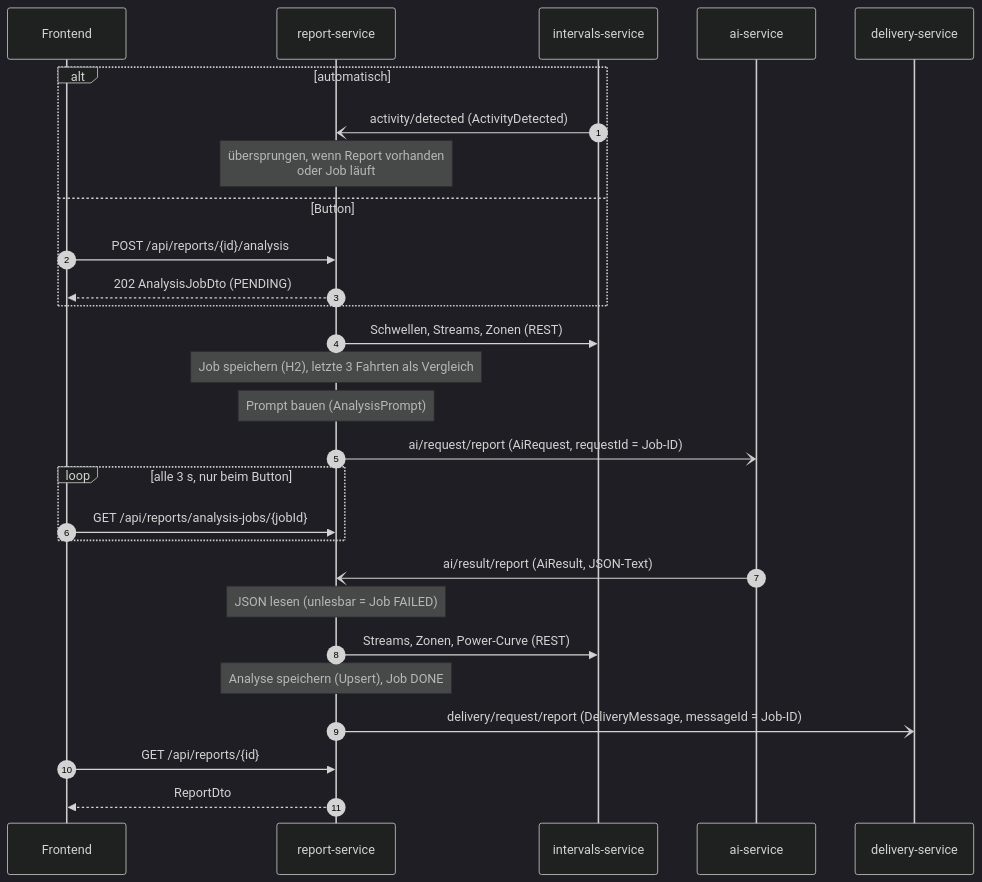
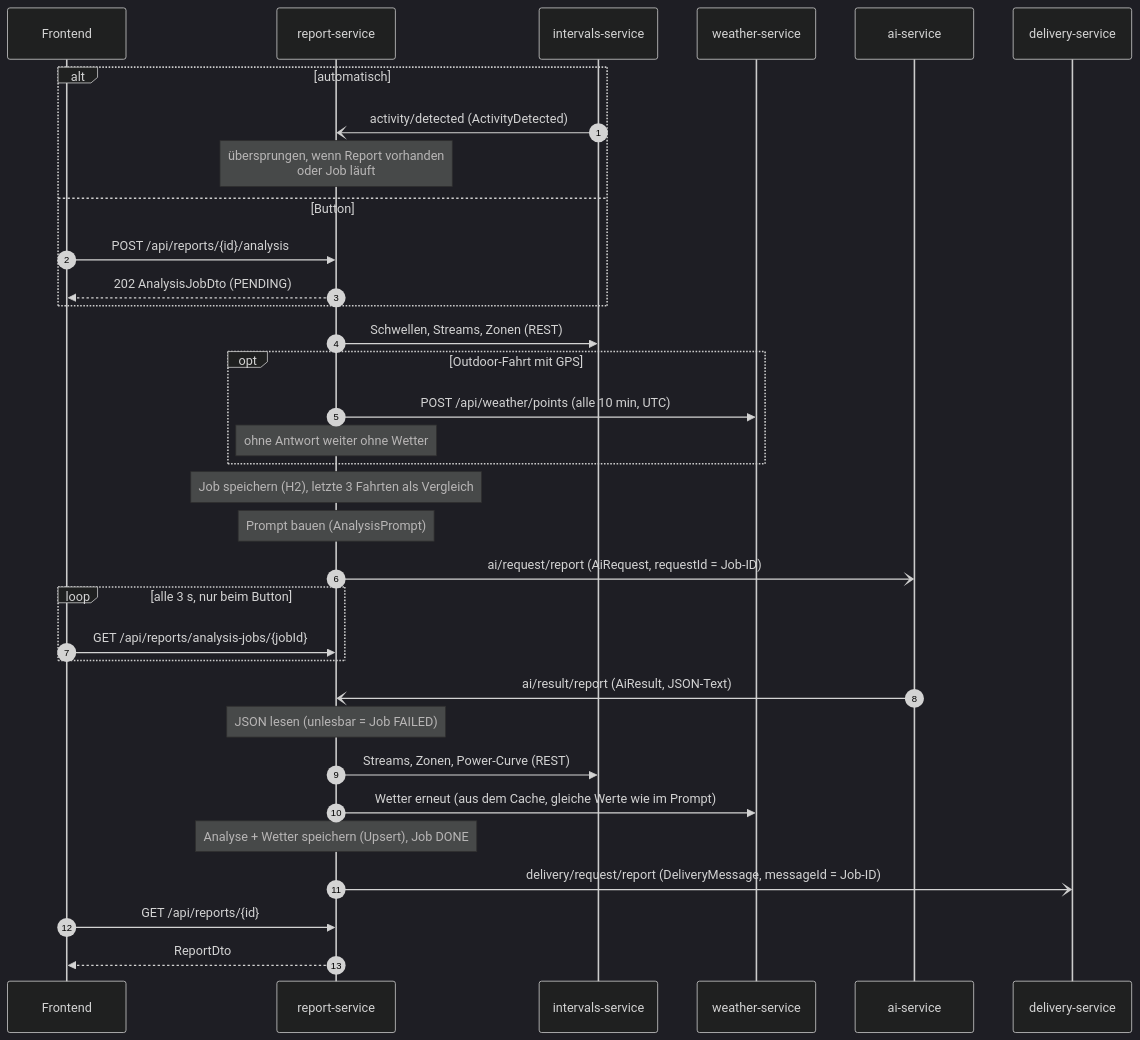
One commit to KlinkerD/Cycling_AI_Analyzer changed the second of 6 diagrams in docs/datenfluesse.md. Above: the diagram before and after it, drawn with Mermaid (dark theme). The commit also changed other lines of this file and 92 other files, not shown here.

First line of the commit message:
Add `weather-service` for weather data retrieval and integration with Open-Meteo

````diff
--- a/docs/datenfluesse.md
+++ b/docs/datenfluesse.md
@@ -54,31 +57,37 @@
 ```mermaid
 sequenceDiagram
     autonumber
     participant FE as Frontend
     participant RS as report-service
     participant IS as intervals-service
+    participant WS as weather-service
     participant AI as ai-service
     participant DS as delivery-service
 
     alt automatisch
         IS-)RS: activity/detected (ActivityDetected)
         Note over RS: übersprungen, wenn Report vorhanden<br/>oder Job läuft
     else Button
         FE->>RS: POST /api/reports/{id}/analysis
         RS-->>FE: 202 AnalysisJobDto (PENDING)
     end
     RS->>IS: Schwellen, Streams, Zonen (REST)
+    opt Outdoor-Fahrt mit GPS
+        RS->>WS: POST /api/weather/points (alle 10 min, UTC)
+        Note over RS: ohne Antwort weiter ohne Wetter
+    end
     Note over RS: Job speichern (H2), letzte 3 Fahrten als Vergleich
     Note over RS: Prompt bauen (AnalysisPrompt)
     RS-)AI: ai/request/report (AiRequest, requestId = Job-ID)
     loop alle 3 s, nur beim Button
         FE->>RS: GET /api/reports/analysis-jobs/{jobId}
     end
     AI-)RS: ai/result/report (AiResult, JSON-Text)
     Note over RS: JSON lesen (unlesbar = Job FAILED)
     RS->>IS: Streams, Zonen, Power-Curve (REST)
-    Note over RS: Analyse speichern (Upsert), Job DONE
+    RS->>WS: Wetter erneut (aus dem Cache, gleiche Werte wie im Prompt)
+    Note over RS: Analyse + Wetter speichern (Upsert), Job DONE
     RS-)DS: delivery/request/report (DeliveryMessage, messageId = Job-ID)
     FE->>RS: GET /api/reports/{id}
     RS-->>FE: ReportDto
 ```
````
